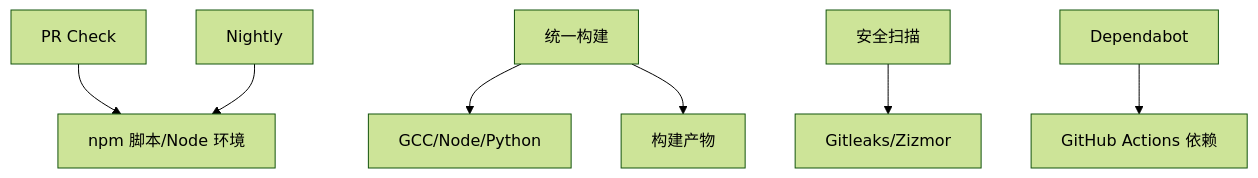
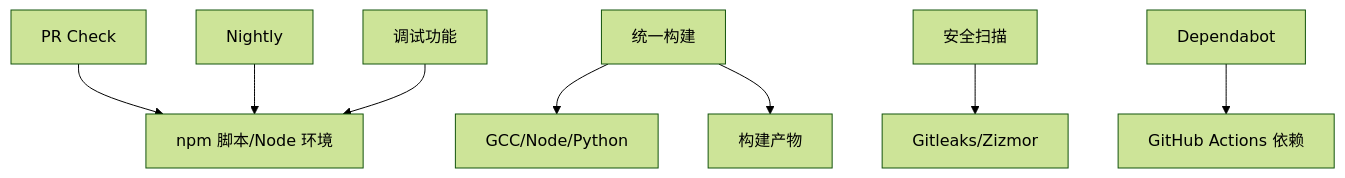
The tenth of 10 diagrams in .qoder/repowiki/zh/content/构建与部署/持续集成.md (sofate798/KodrixCode), drawn with Mermaid (forest theme) before and after one commit. The commit also changed other lines of this file and 12 other files, not shown here.

````diff
--- a/.qoder/repowiki/zh/content/构建与部署/持续集成.md
+++ b/.qoder/repowiki/zh/content/构建与部署/持续集成.md
@@ -282,9 +313,10 @@
 ```mermaid
 graph TB
 PRW["PR Check"] --> NPM["npm 脚本/Node 环境"]
 NIGHTLY["Nightly"] --> NPM
 BUILD["统一构建"] --> TOOLCHAIN["GCC/Node/Python"]
 BUILD --> ARTIFACTS["构建产物"]
 SECURITY["安全扫描"] --> TOOLS["Gitleaks/Zizmor"]
 DEPENDABOT["Dependabot"] --> ACTIONS["GitHub Actions 依赖"]
+DEBUG["调试功能"] --> NPM
 ```
````
